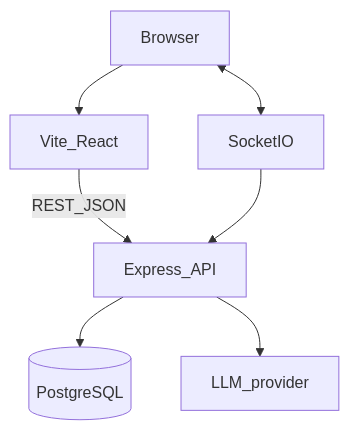
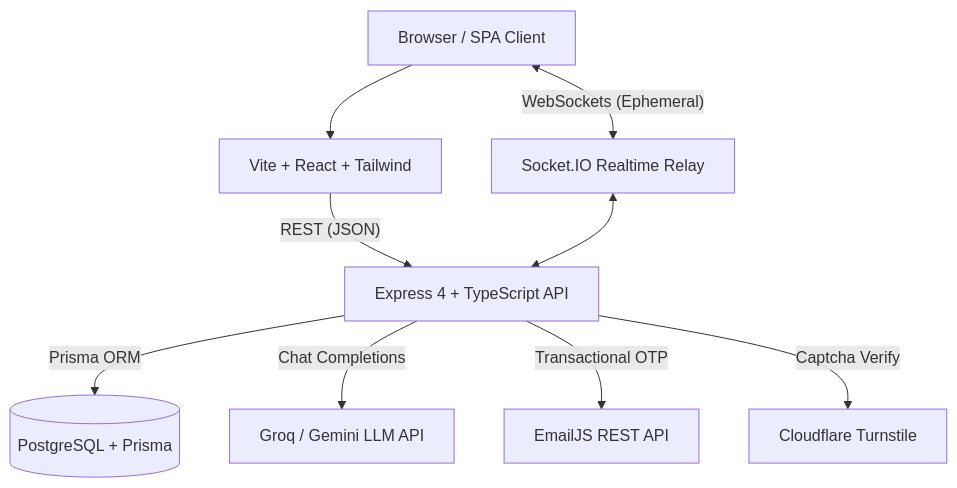
One commit to gursimran-singh-chawla/OpsNinja changed the diagram in docs/ARCHITECTURE.md. Above: the diagram before and after it, drawn with Mermaid. The commit also changed other lines of this file and 25 other files, not shown here.

````diff
--- a/docs/ARCHITECTURE.md
+++ b/docs/ARCHITECTURE.md
@@ -5,15 +5,20 @@
 ```mermaid
 flowchart TB
-  browser[Browser]
-  web[Vite_React]
-  api[Express_API]
-  rt[SocketIO]
-  db[(PostgreSQL)]
-  llm[LLM_provider]
+  browser[Browser / SPA Client]
+  web[Vite + React + Tailwind]
+  api[Express 4 + TypeScript API]
+  rt[Socket.IO Realtime Relay]
+  db[(PostgreSQL + Prisma)]
+  llm[Groq / Gemini LLM API]
+  email[EmailJS REST API]
+  cf[Cloudflare Turnstile]
+
   browser --> web
-  web -->|"REST_JSON"| api
-  browser <--> rt
-  rt --> api
-  api --> db
-  api --> llm
+  web -->|"REST (JSON)"| api
+  browser <-->|"WebSockets (Ephemeral)"| rt
+  rt <--> api
+  api -->|"Prisma ORM"| db
+  api -->|"Chat Completions"| llm
+  api -->|"Transactional OTP"| email
+  api -->|"Captcha Verify"| cf
 ```
````
